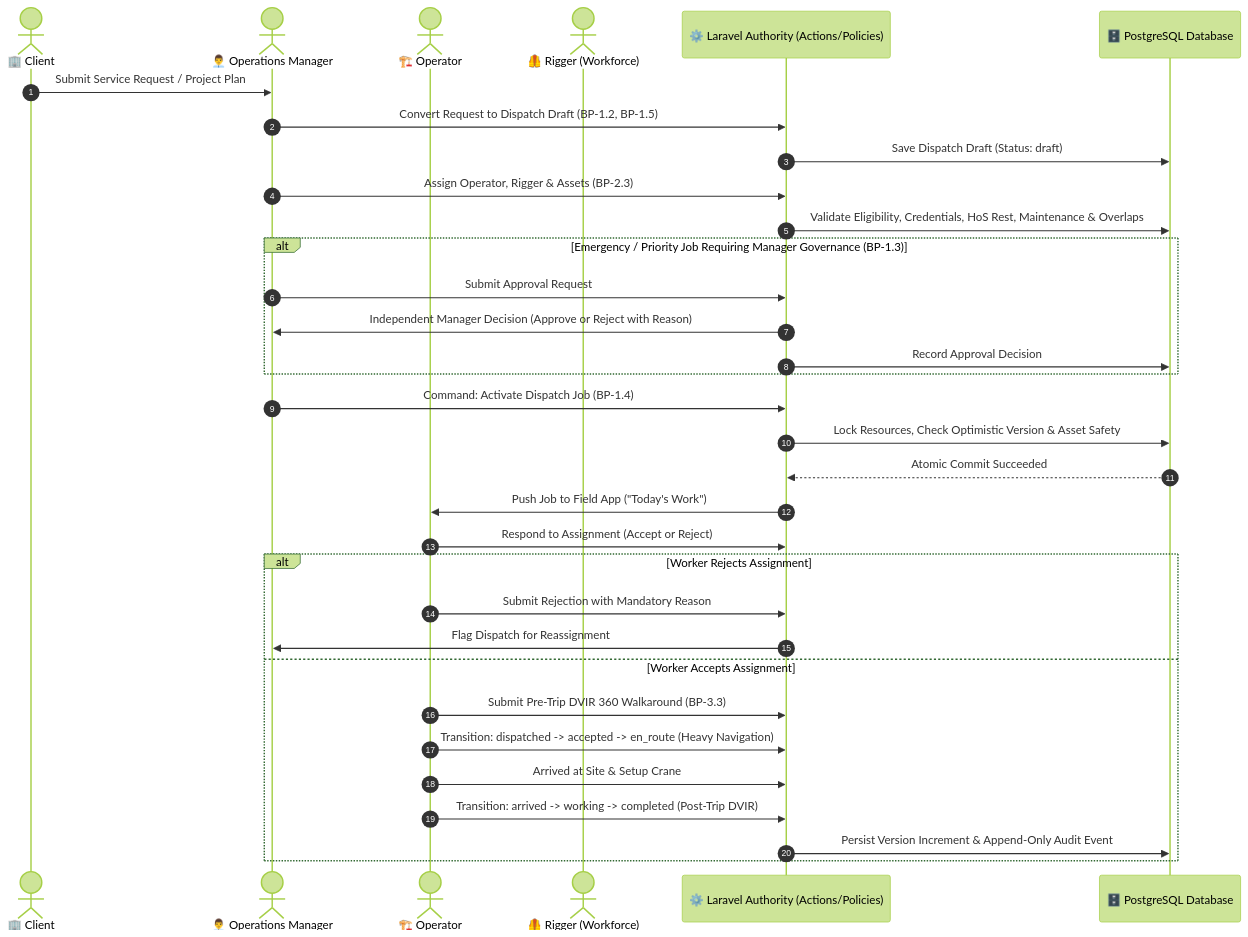
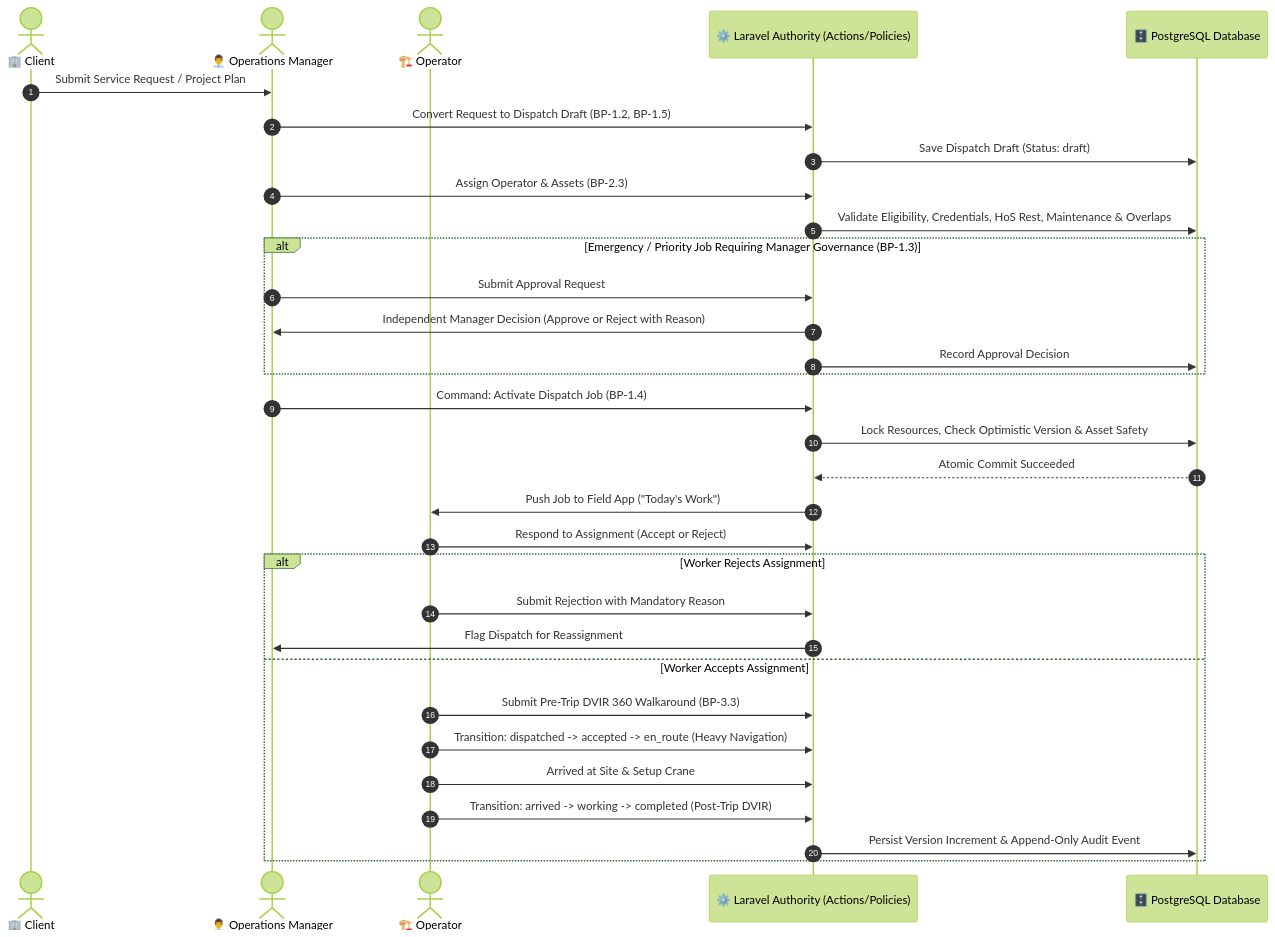
One commit to Darktodoom123/Core-2 changed the second of 3 diagrams in Docs/design/Diagrams/bpa.md. Above: the diagram before and after it, drawn with Mermaid (forest theme). The commit also changed other lines of this file and 61 other files, not shown here.

````diff
--- a/Docs/design/Diagrams/bpa.md
+++ b/Docs/design/Diagrams/bpa.md
@@ -79,40 +79,39 @@
 ```mermaid
 sequenceDiagram
     autonumber
     actor Client as 🏢 Client
     actor OpsManager as 👨‍💼 Operations Manager
     actor Operator as 🏗️ Operator
-    actor Rigger as 🦺 Rigger (Workforce)
     participant Server as ⚙️ Laravel Authority (Actions/Policies)
     participant DB as 🗄️ PostgreSQL Database
 
     Client->>OpsManager: Submit Service Request / Project Plan
     OpsManager->>Server: Convert Request to Dispatch Draft (BP-1.2, BP-1.5)
     Server->>DB: Save Dispatch Draft (Status: draft)
 
-    OpsManager->>Server: Assign Operator, Rigger & Assets (BP-2.3)
+    OpsManager->>Server: Assign Operator & Assets (BP-2.3)
     Server->>DB: Validate Eligibility, Credentials, HoS Rest, Maintenance & Overlaps
 
     alt Emergency / Priority Job Requiring Manager Governance (BP-1.3)
         OpsManager->>Server: Submit Approval Request
         Server->>OpsManager: Independent Manager Decision (Approve or Reject with Reason)
         Server->>DB: Record Approval Decision
     end
 
     OpsManager->>Server: Command: Activate Dispatch Job (BP-1.4)
     Server->>DB: Lock Resources, Check Optimistic Version & Asset Safety
     DB-->>Server: Atomic Commit Succeeded
     Server->>Operator: Push Job to Field App ("Today's Work")
 
     Operator->>Server: Respond to Assignment (Accept or Reject)
     alt Worker Rejects Assignment
         Operator->>Server: Submit Rejection with Mandatory Reason
         Server->>OpsManager: Flag Dispatch for Reassignment
     else Worker Accepts Assignment
         Operator->>Server: Submit Pre-Trip DVIR 360 Walkaround (BP-3.3)
         Operator->>Server: Transition: dispatched -> accepted -> en_route (Heavy Navigation)
         Operator->>Server: Arrived at Site & Setup Crane
         Operator->>Server: Transition: arrived -> working -> completed (Post-Trip DVIR)
         Server->>DB: Persist Version Increment & Append-Only Audit Event
     end
 ```
````
